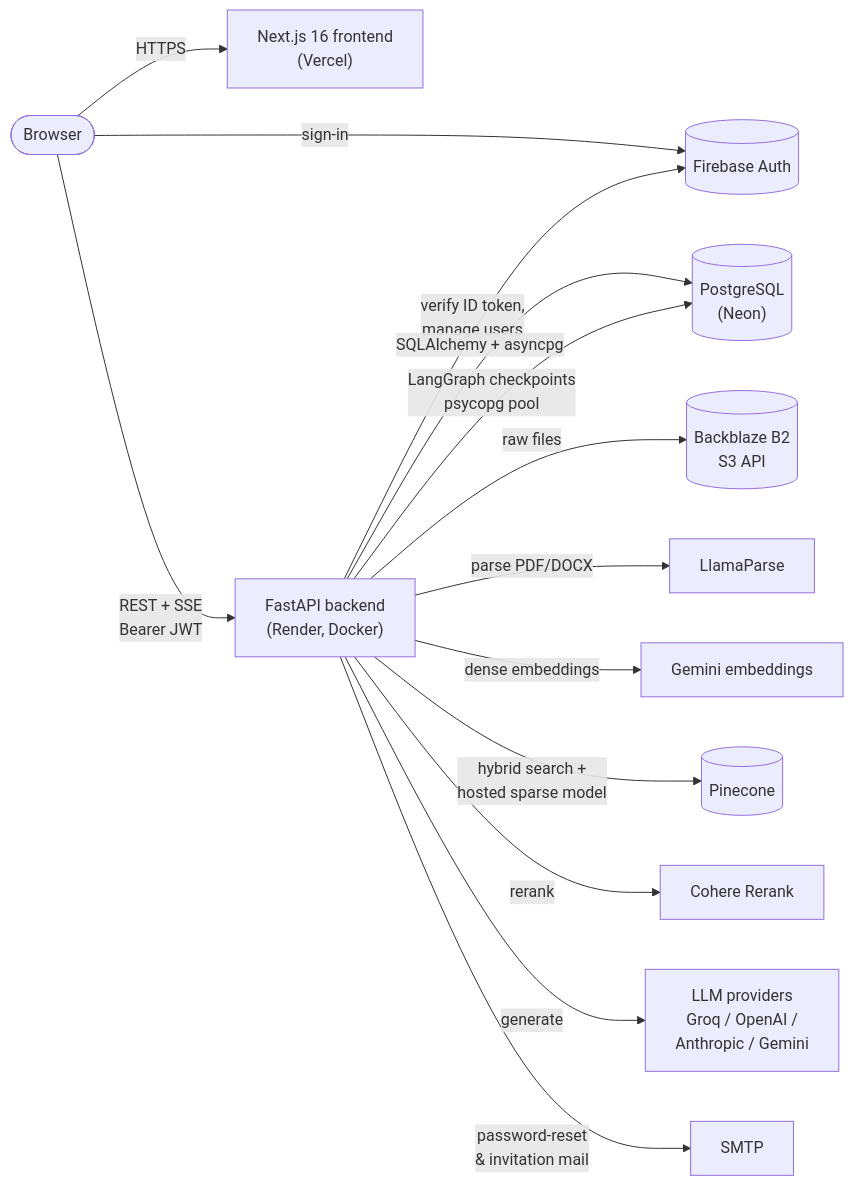
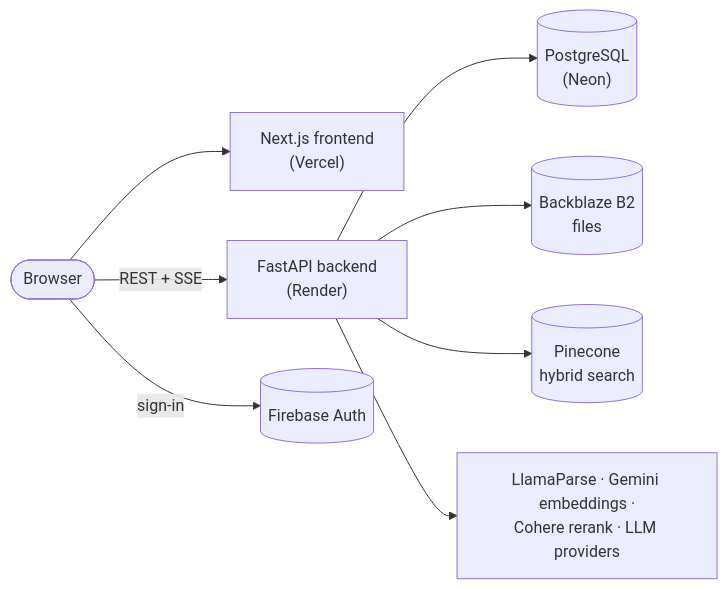
The first of 2 diagrams in README.md (pavankumarbattineni/Trench), drawn with Mermaid before and after one commit. The commit also changed other lines of this file, not shown here.

````diff
--- a/README.md
+++ b/README.md
@@ -113,17 +40,10 @@
 ```mermaid
 flowchart LR
-    U([Browser]) -->|HTTPS| FE["Next.js 16 frontend<br/>(Vercel)"]
-    U -->|"REST + SSE<br/>Bearer JWT"| BE["FastAPI backend<br/>(Render, Docker)"]
+    U([Browser]) --> FE["Next.js frontend<br/>(Vercel)"]
+    U -->|"REST + SSE"| BE["FastAPI backend<br/>(Render)"]
     U -->|sign-in| FB[(Firebase Auth)]
-
-    BE -->|verify ID token,<br/>manage users| FB
-    BE -->|SQLAlchemy + asyncpg| PG[("PostgreSQL<br/>(Neon)")]
-    BE -->|LangGraph checkpoints<br/>psycopg pool| PG
-    BE -->|raw files| B2[(Backblaze B2<br/>S3 API)]
-    BE -->|parse PDF/DOCX| LP[LlamaParse]
-    BE -->|dense embeddings| GE[Gemini embeddings]
-    BE -->|"hybrid search +<br/>hosted sparse model"| PC[(Pinecone)]
-    BE -->|rerank| CO[Cohere Rerank]
-    BE -->|generate| LLM["LLM providers<br/>Groq / OpenAI /<br/>Anthropic / Gemini"]
-    BE -->|password-reset<br/>& invitation mail| SM[SMTP]
+    BE --> PG[("PostgreSQL<br/>(Neon)")]
+    BE --> B2[(Backblaze B2<br/>files)]
+    BE --> PC[(Pinecone<br/>hybrid search)]
+    BE --> AI["LlamaParse · Gemini embeddings ·<br/>Cohere rerank · LLM providers"]
 ```
````
